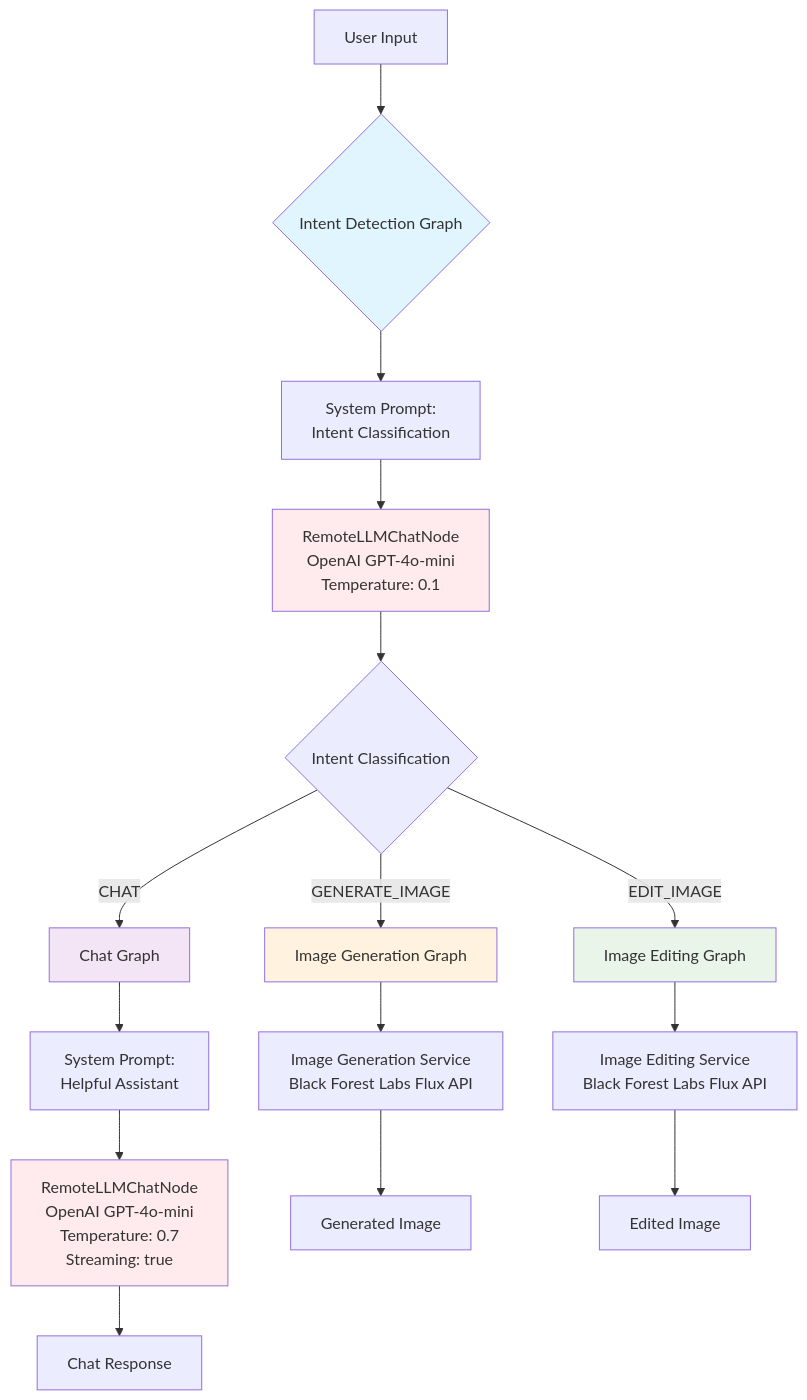
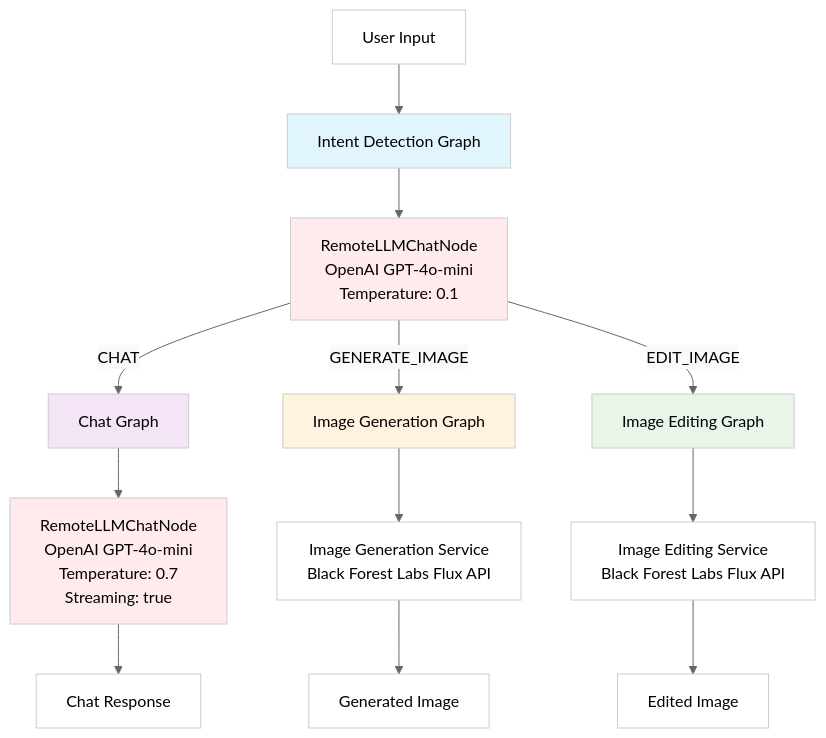
One commit to PandaBoi/runtime-intent-based-router changed the diagram in README.md. Above: the diagram before and after it, drawn with Mermaid.

Commit message:
update flowchart

````diff
--- a/README.md
+++ b/README.md
@@ -9,28 +9,26 @@
 ```mermaid
+%%{init: {'theme':'base', 'themeVariables': {'primaryColor':'#ffffff', 'primaryTextColor':'#000000', 'primaryBorderColor':'#cccccc', 'lineColor':'#666666', 'secondaryColor':'#f8f9fa', 'tertiaryColor':'#ffffff', 'background':'#ffffff', 'mainBkg':'#ffffff', 'secondBkg':'#f8f9fa'}}}%%
 graph TD
-    A[User Input] --> B{Intent Detection Graph}
-    B --> C[System Prompt:<br/>Intent Classification]
-    C --> D[RemoteLLMChatNode<br/>OpenAI GPT-4o-mini<br/>Temperature: 0.1]
-    D --> E{Intent Classification}
+    A[User Input] --> B[Intent Detection Graph]
+    B --> D[RemoteLLMChatNode<br/>OpenAI GPT-4o-mini<br/>Temperature: 0.1]
 
-    E -->|CHAT| F[Chat Graph]
-    E -->|GENERATE_IMAGE| G[Image Generation Graph]
-    E -->|EDIT_IMAGE| H[Image Editing Graph]
+    D -->|CHAT| F[Chat Graph]
+    D -->|GENERATE_IMAGE| G[Image Generation Graph]
+    D -->|EDIT_IMAGE| H[Image Editing Graph]
 
-    F --> I[System Prompt:<br/>Helpful Assistant]
-    I --> J[RemoteLLMChatNode<br/>OpenAI GPT-4o-mini<br/>Temperature: 0.7<br/>Streaming: true]
+    F --> J[RemoteLLMChatNode<br/>OpenAI GPT-4o-mini<br/>Temperature: 0.7<br/>Streaming: true]
     J --> K[Chat Response]
 
     G --> L[Image Generation Service<br/>Black Forest Labs Flux API]
     L --> M[Generated Image]
 
     H --> N[Image Editing Service<br/>Black Forest Labs Flux API]
     N --> O[Edited Image]
 
     style B fill:#e1f5fe
     style F fill:#f3e5f5
     style G fill:#fff3e0
     style H fill:#e8f5e8
     style D fill:#ffebee
     style J fill:#ffebee
 ```
````
